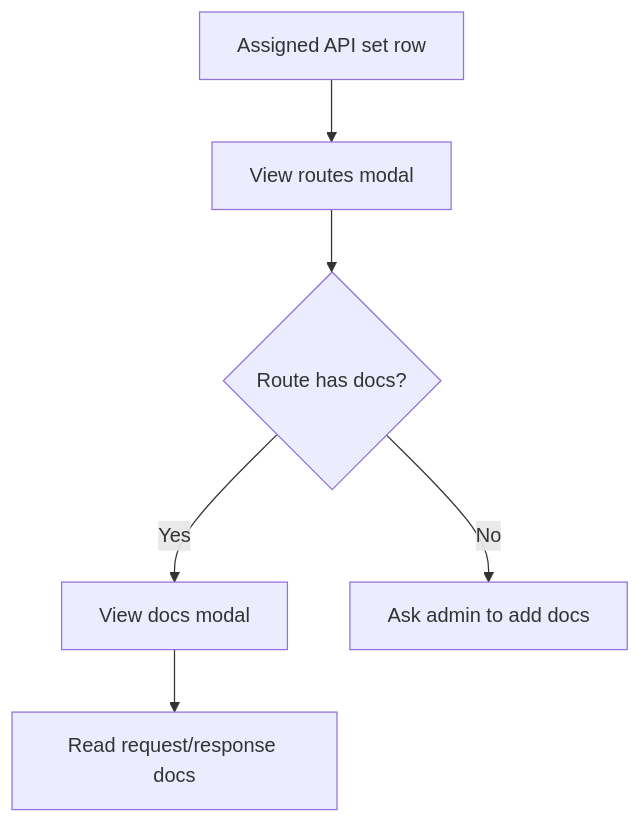
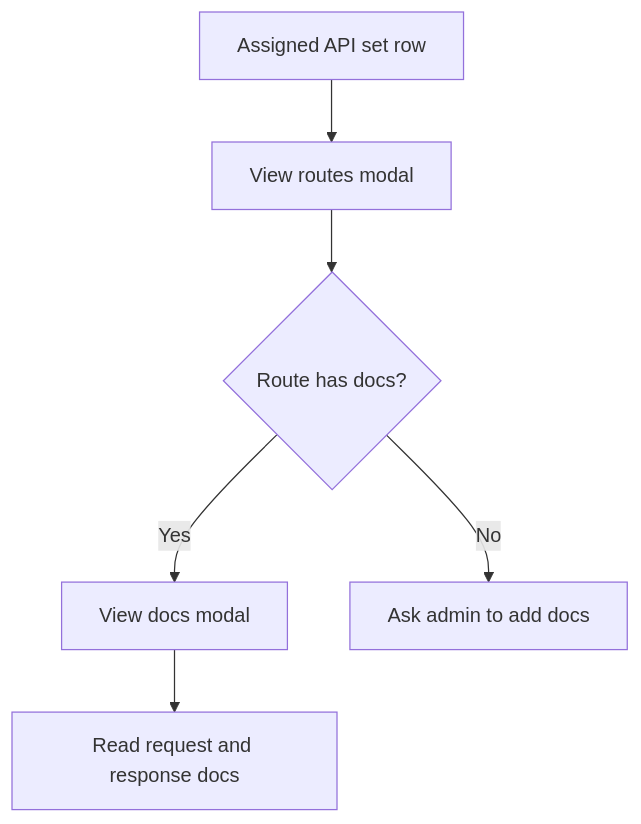
Diagram 13 of 17 in USER_JOURNEY.md (hr-sargazi/temp-md-server), drawn with Mermaid before and after one commit. The commit also changed other lines of this file, not shown here.

````diff
--- a/USER_JOURNEY.md
+++ b/USER_JOURNEY.md
@@ -402,8 +404,8 @@
 ```mermaid
 flowchart TD
-  A[Assigned API set row] --> B[View routes modal]
+  A["Assigned API set row"] --> B["View routes modal"]
   B --> C{Route has docs?}
-  C -->|Yes| D[View docs modal]
-  D --> E[Read request/response docs]
-  C -->|No| F[Ask admin to add docs]
+  C -->|Yes| D["View docs modal"]
+  D --> E["Read request and response docs"]
+  C -->|No| F["Ask admin to add docs"]
 ```
````
